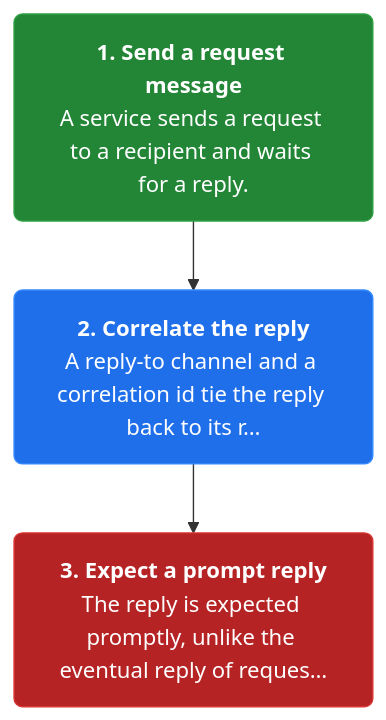
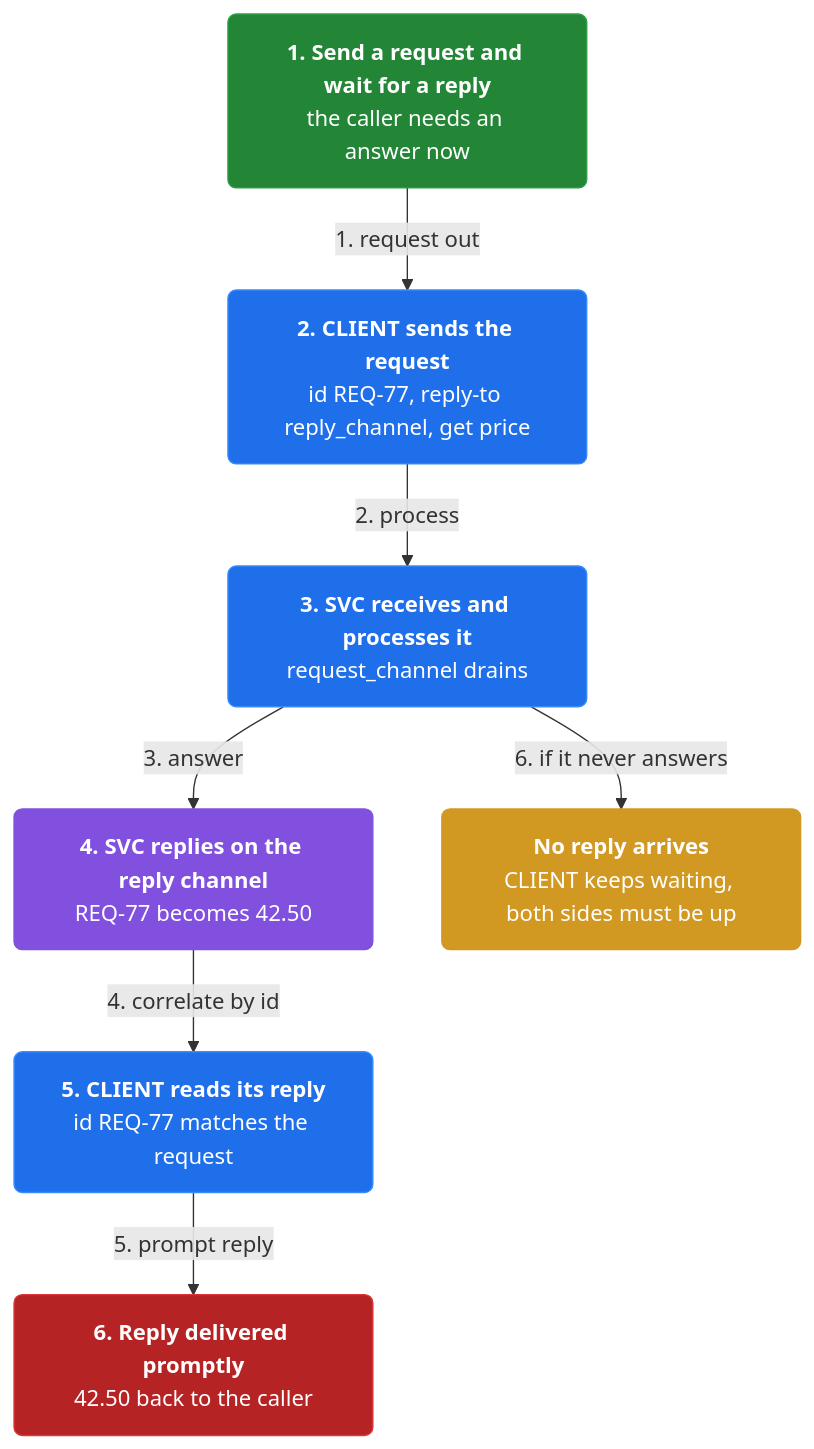
One commit to vinayakuber/microservices-io-study-guide changed the second of 4 diagrams in docs/ch05-messaging.md. Above: the diagram before and after it, drawn with Mermaid. The commit also changed other lines of this file and 46 other files, not shown here.

First line of the commit message:
Author rich branching flow diagrams for all 44 chapters

````diff
--- a/docs/ch05-messaging.md
+++ b/docs/ch05-messaging.md
@@ -56,11 +69,21 @@
 ```mermaid
 flowchart TD
-  classDef step fill:#1f6feb,color:#ffffff,stroke:#388bfd,stroke-width:1px,rx:6
+  classDef step fill:#1f6feb,color:#ffffff,stroke:#388bfd,rx:6
+  classDef core fill:#8250df,color:#ffffff,stroke:#8250df,rx:6
+  classDef warn fill:#d29922,color:#ffffff,stroke:#d29922,rx:6
   classDef start fill:#238636,color:#ffffff,stroke:#2ea043,rx:6
   classDef stop fill:#b62324,color:#ffffff,stroke:#da3633,rx:6
-  s1n0["<b>1. Send a request message</b><br/>A service sends a request to a recipient and waits for a reply."]:::start
-  s1n1["<b>2. Correlate the reply</b><br/>A reply-to channel and a correlation id tie the reply back to its r…"]:::step
-  s1n2["<b>3. Expect a prompt reply</b><br/>The reply is expected promptly, unlike the eventual reply of reques…"]:::stop
-  s1n0 --> s1n1
-  s1n1 --> s1n2
+  n0["<b>1. Send a request and wait for a reply</b><br/>the caller needs an answer now"]:::start
+  n1["<b>2. CLIENT sends the request</b><br/>id REQ-77, reply-to reply_channel, get price"]:::step
+  n2["<b>3. SVC receives and processes it</b><br/>request_channel drains"]:::step
+  n3["<b>4. SVC replies on the reply channel</b><br/>REQ-77 becomes 42.50"]:::core
+  n4["<b>5. CLIENT reads its reply</b><br/>id REQ-77 matches the request"]:::step
+  n5["<b>6. Reply delivered promptly</b><br/>42.50 back to the caller"]:::stop
+  n6["<b>No reply arrives</b><br/>CLIENT keeps waiting, both sides must be up"]:::warn
+  n0 -->|"1. request out"| n1
+  n1 -->|"2. process"| n2
+  n2 -->|"3. answer"| n3
+  n3 -->|"4. correlate by id"| n4
+  n4 -->|"5. prompt reply"| n5
+  n2 -->|"6. if it never answers"| n6
 ```
````
